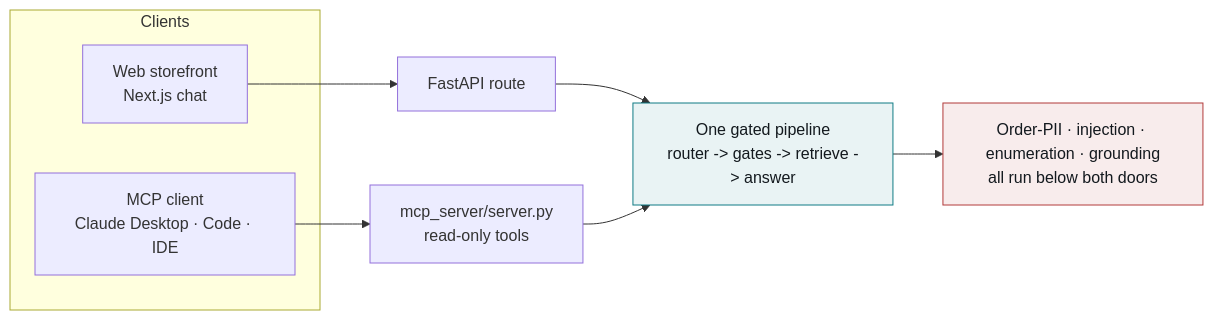
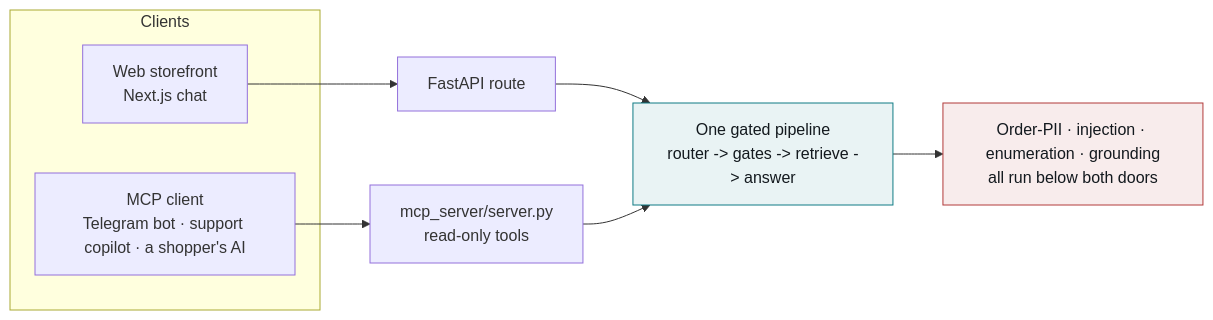
Before and after one commit to hoomanesteki/agentic-rag-knowledge-ai-platform: the diagram in showcase/mcp.qmd, drawn with Mermaid. The commit also changed other lines of this file and 1 other file, not shown here.

First line of the commit message:
docs: make the Telegram channel concrete in the architecture + MCP pages

````diff
--- a/showcase/mcp.qmd
+++ b/showcase/mcp.qmd
@@ -22,16 +22,16 @@
 ```{mermaid}
 flowchart LR
   subgraph Clients
     WEB[Web storefront<br/>Next.js chat]
-    MCPC[MCP client<br/>Claude Desktop · Code · IDE]
+    MCPC[MCP client<br/>Telegram bot · support copilot · a shopper's AI]
   end
   WEB --> API[FastAPI route]
   MCPC --> SRV[mcp_server/server.py<br/>read-only tools]
   API --> PIPE[One gated pipeline<br/>router -> gates -> retrieve -> answer]
   SRV --> PIPE
   PIPE --> G[Order-PII · injection · enumeration · grounding<br/>all run below both doors]
   classDef core fill:#e9f3f4,stroke:#0f7b84,color:#13191e;
   classDef guard fill:#f8ecec,stroke:#b23a3a,color:#13191e;
   class PIPE core;
   class G guard;
 ```
````
